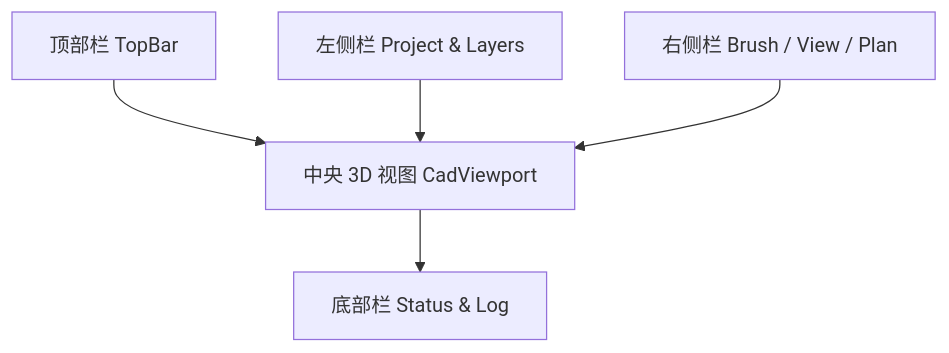
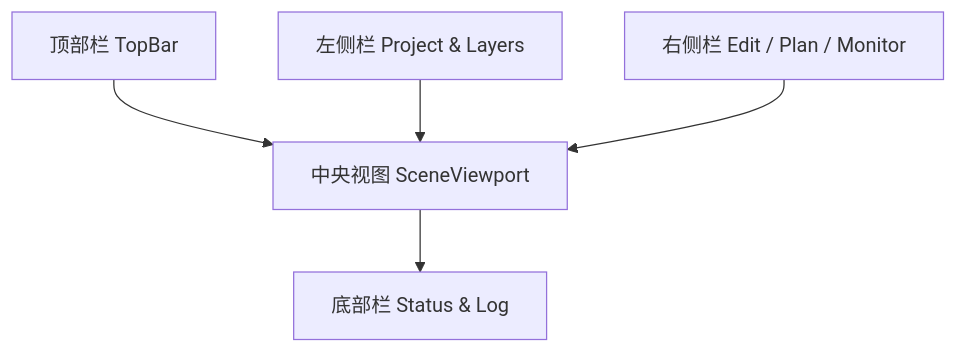
The second of 4 diagrams in docs/hmi_ui_design.md (Misaka21/inspection-hmi), drawn with Mermaid before and after one commit. The commit also changed other lines of this file and 1 other file, not shown here.

````diff
--- a/docs/hmi_ui_design.md
+++ b/docs/hmi_ui_design.md
@@ -25,13 +29,13 @@
 ```mermaid
 flowchart TB
   T[顶部栏 TopBar]
   L[左侧栏 Project & Layers]
-  C[中央 3D 视图 CadViewport]
-  R[右侧栏 Brush / View / Plan]
+  C[中央视图 SceneViewport]
+  R[右侧栏 Edit / Plan / Monitor]
   B[底部栏 Status & Log]
 
   T --> C
   L --> C
   R --> C
   C --> B
 ```
````
